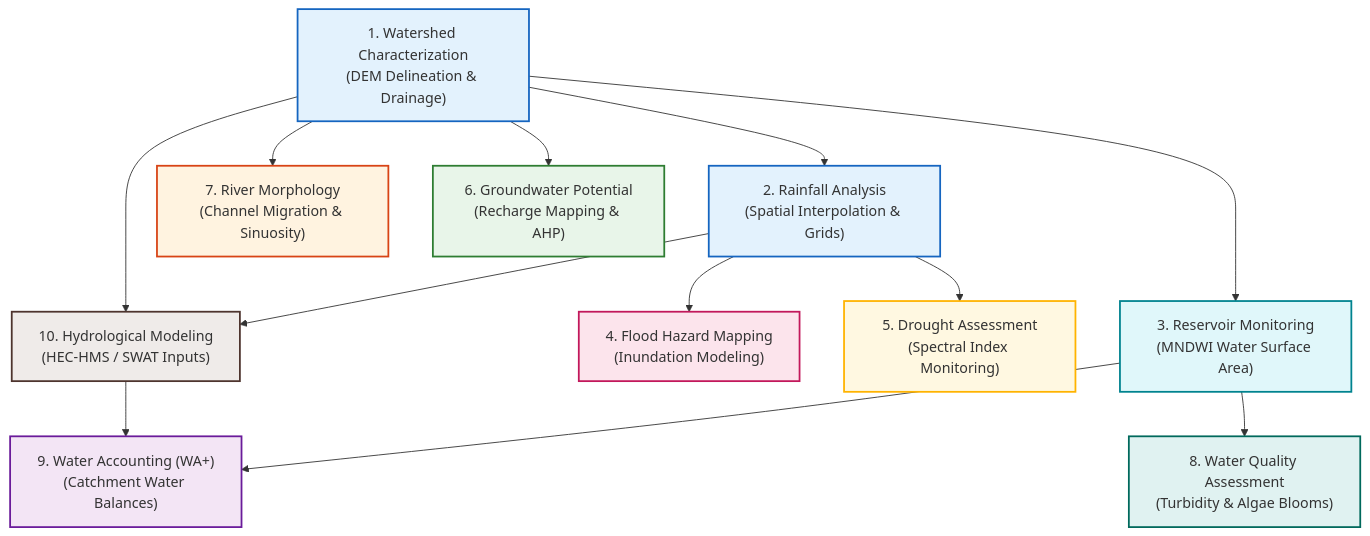
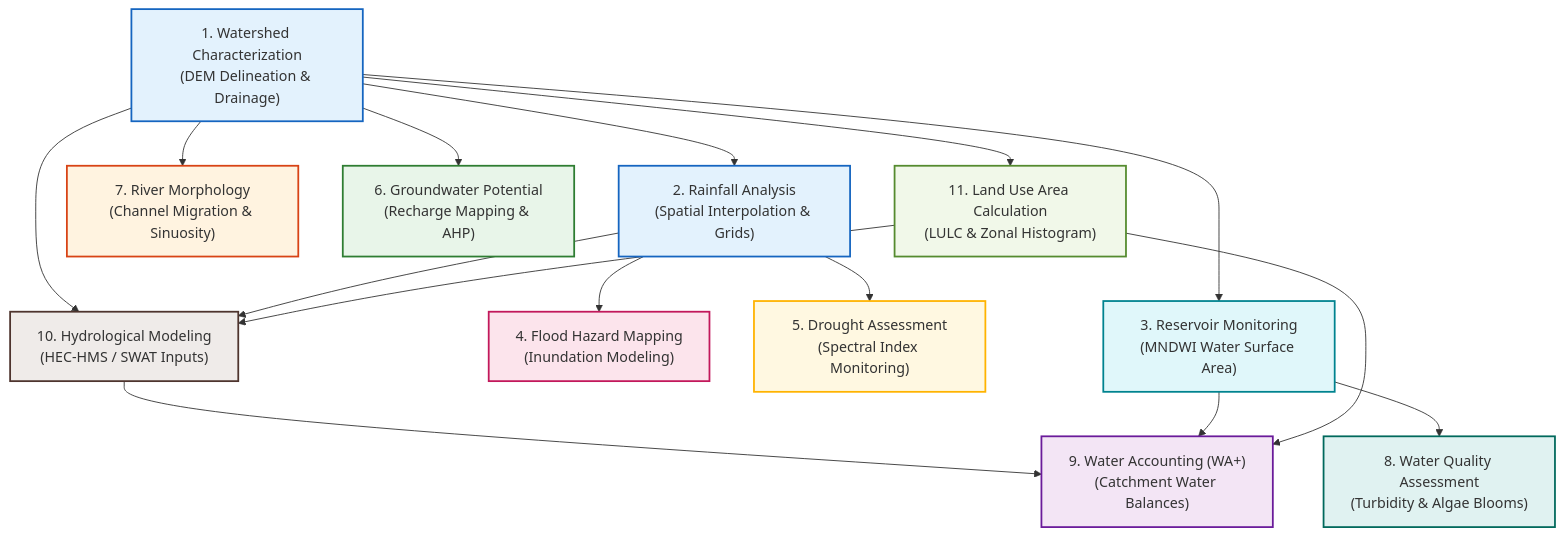
Before and after one commit to Rotten-Grapes-Pvt-Ltd/QGIS-WECS: the diagram in docs/hydrology_apps/index.md, drawn with Mermaid. The commit also changed other lines of this file and 2 other files, not shown here.

Commit message:
docs: add new theme guide for calculating land use percentage per sub-catchment using ESA LULC

````diff
--- a/docs/hydrology_apps/index.md
+++ b/docs/hydrology_apps/index.md
@@ -13,30 +13,35 @@
 ```mermaid
 flowchart TD
     A["1. Watershed Characterization<br/>(DEM Delineation & Drainage)"] --> B["2. Rainfall Analysis<br/>(Spatial Interpolation & Grids)"]
     A --> C["7. River Morphology<br/>(Channel Migration & Sinuosity)"]
     A --> J["10. Hydrological Modeling<br/>(HEC-HMS / SWAT Inputs)"]
     
     B --> J
     B --> D["4. Flood Hazard Mapping<br/>(Inundation Modeling)"]
     B --> E["5. Drought Assessment<br/>(Spectral Index Monitoring)"]
     
     A --> F["6. Groundwater Potential<br/>(Recharge Mapping & AHP)"]
     
     A --> G["3. Reservoir Monitoring<br/>(MNDWI Water Surface Area)"]
     G --> H["8. Water Quality Assessment<br/>(Turbidity & Algae Blooms)"]
     
     J --> I["9. Water Accounting (WA+)<br/>(Catchment Water Balances)"]
     G --> I
+    
+    A --> K["11. Land Use Area Calculation<br/>(LULC & Zonal Histogram)"]
+    K --> J
+    K --> I
 
     %% Styling
     style A fill:#e3f2fd,stroke:#1565c0,stroke-width:2px
     style B fill:#e3f2fd,stroke:#1565c0,stroke-width:2px
     style C fill:#fff3e0,stroke:#d84315,stroke-width:2px
     style D fill:#fce4ec,stroke:#c2185b,stroke-width:2px
     style E fill:#fff8e1,stroke:#ffb300,stroke-width:2px
     style F fill:#e8f5e9,stroke:#2e7d32,stroke-width:2px
     style G fill:#e0f7fa,stroke:#00838f,stroke-width:2px
     style H fill:#e0f2f1,stroke:#00695c,stroke-width:2px
     style I fill:#f3e5f5,stroke:#6a1b9a,stroke-width:2px
     style J fill:#efebe9,stroke:#4e342e,stroke-width:2px
+    style K fill:#f1f8e9,stroke:#558b2f,stroke-width:2px
 ```
````
